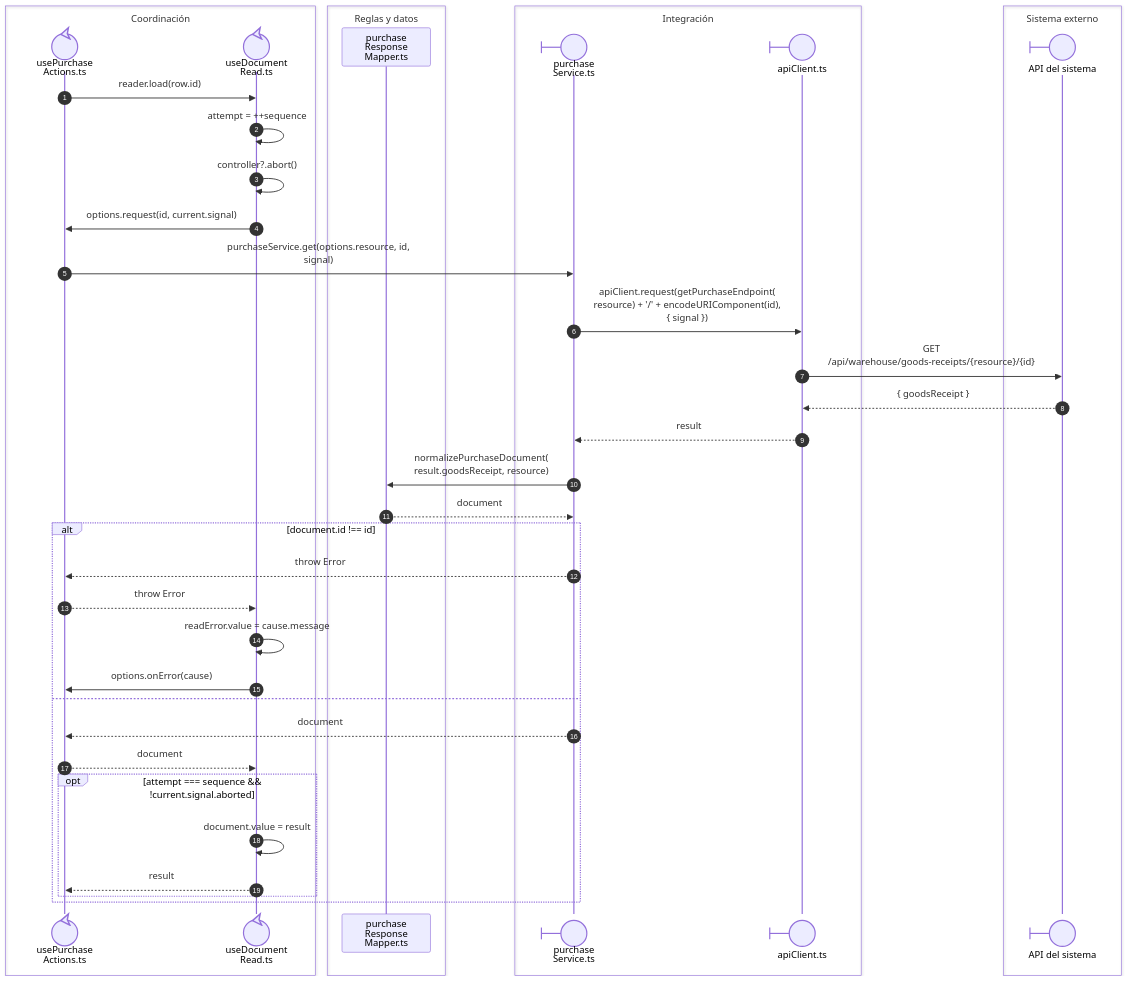
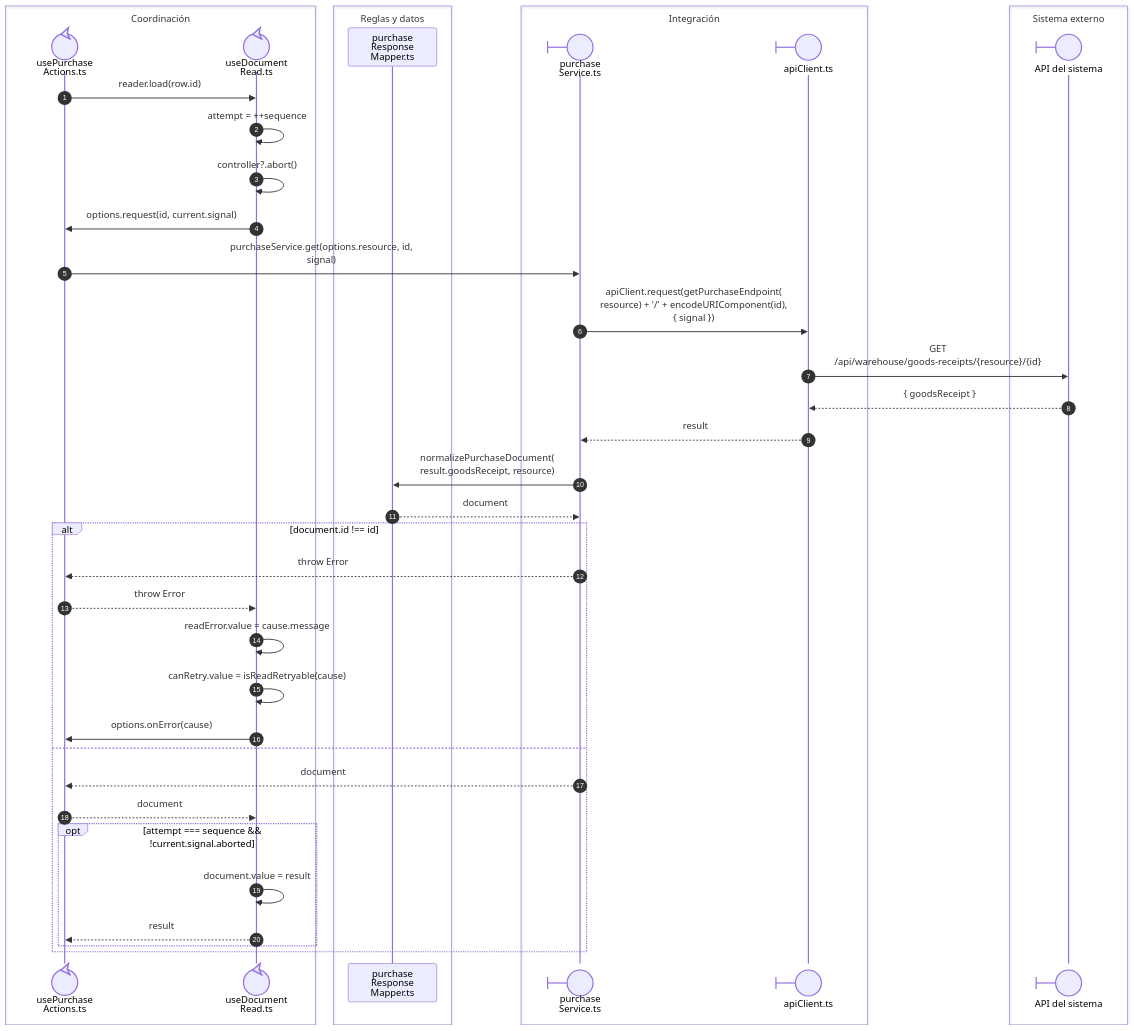
The first of 3 diagrams in front/docs/architecture/views/processes/02-shared-runtime/05-document-read.md (gpgsistemas01/nexus), drawn with Mermaid before and after one commit. The commit also changed other lines of this file and 79 other files, not shown here.

````diff
--- a/front/docs/architecture/views/processes/02-shared-runtime/05-document-read.md
+++ b/front/docs/architecture/views/processes/02-shared-runtime/05-document-read.md
@@ -9,42 +9,43 @@
 ```mermaid
 sequenceDiagram
     autonumber
     box Coordinación
     participant Actions@{ "type": "control" } as usePurchase<br/>Actions.ts
     participant Reader@{ "type": "control" } as useDocument<br/>Read.ts
     end
     box Reglas y datos
     participant Mapper as purchase<br/>Response<br/>Mapper.ts
     end
     box Integración
     participant Service@{ "type": "boundary" } as purchase<br/>Service.ts
     participant HTTP@{ "type": "boundary" } as apiClient.ts
     end
     box Sistema externo
     participant API@{ "type": "boundary" } as API del sistema
     end
     Actions->>Reader: nowrap: reader.load(row.id)
     Reader->>Reader: nowrap: attempt = ++sequence
     Reader->>Reader: nowrap: controller?.abort()
     Reader->>Actions: nowrap: options.request(id, current.signal)
     Actions->>Service: nowrap: purchaseService.get(options.resource, id,<br/>signal)
     Service->>HTTP: nowrap: apiClient.request(getPurchaseEndpoint(<br/>resource) + '/' + encodeURIComponent(id),<br/>{ signal })
     HTTP->>API: nowrap: GET<br/>/api/warehouse/goods-receipts/{resource}/{id}
     API-->>HTTP: nowrap: { goodsReceipt }
     HTTP-->>Service: nowrap: result
     Service->>Mapper: nowrap: normalizePurchaseDocument(<br/>result.goodsReceipt, resource)
     Mapper-->>Service: nowrap: document
     alt nowrap: document.id !== id
         Service-->>Actions: nowrap: throw Error
         Actions-->>Reader: nowrap: throw Error
         Reader->>Reader: nowrap: readError.value = cause.message
+        Reader->>Reader: nowrap: canRetry.value = isReadRetryable(cause)
         Reader->>Actions: nowrap: options.onError(cause)
     else
         Service-->>Actions: nowrap: document
         Actions-->>Reader: nowrap: document
         opt nowrap: attempt === sequence && !current.signal.aborted
             Reader->>Reader: nowrap: document.value = result
             Reader-->>Actions: nowrap: result
         end
     end
 ```
````
